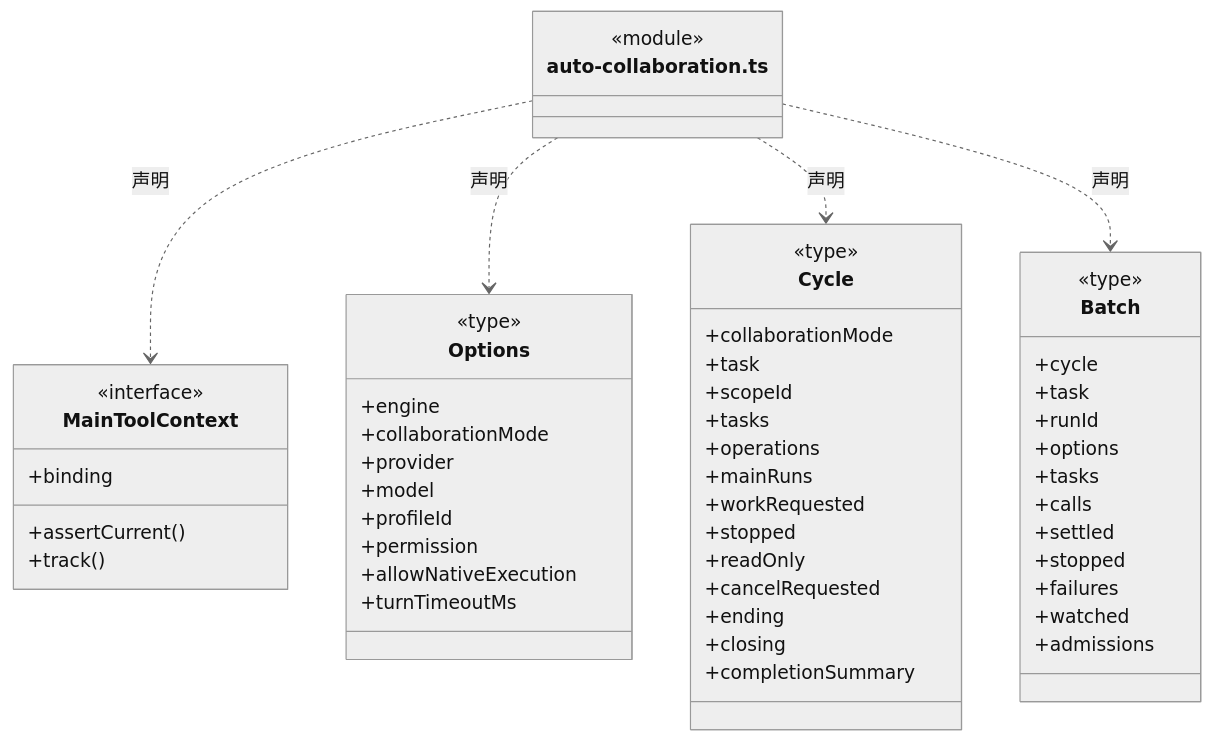
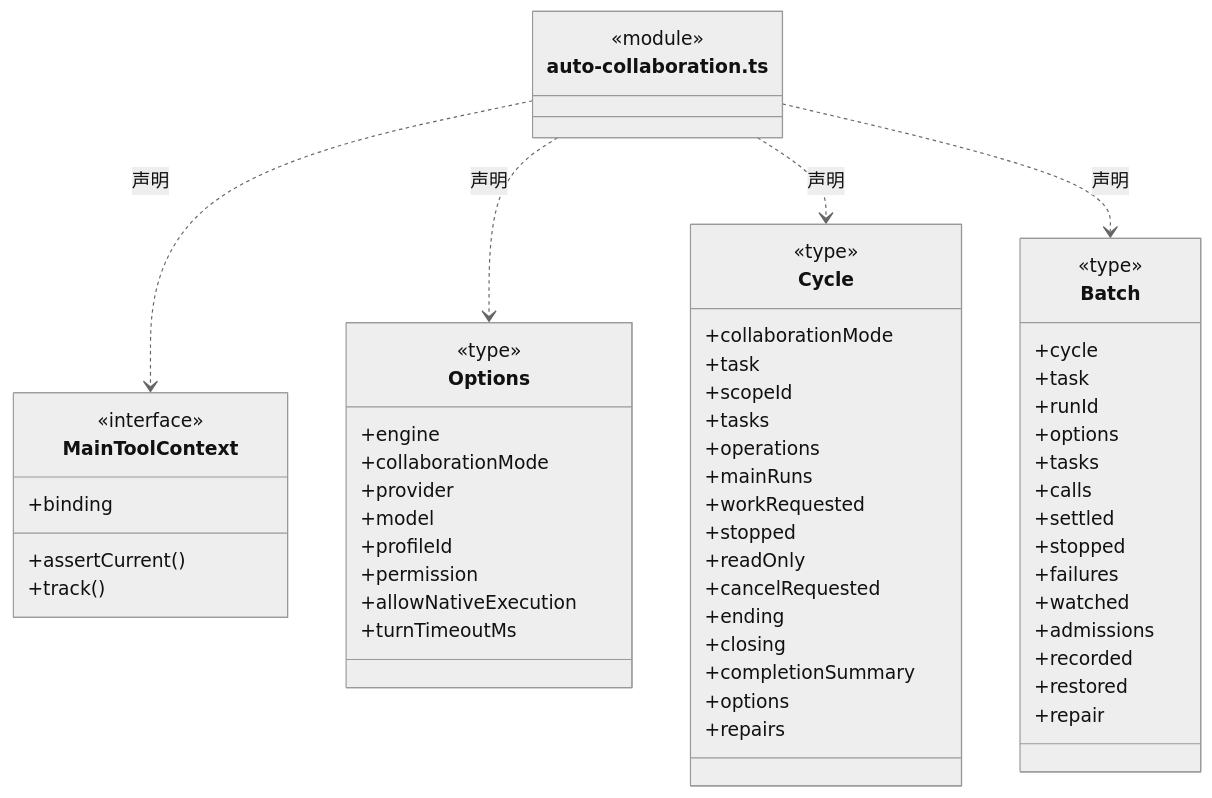
One commit to nan023062/cbim changed the first of 14 diagrams in src/backend/scheduler-engine/dispatch/ARCHITECTURE.md. Above: the diagram before and after it, drawn with Mermaid (neutral theme). The commit also changed other lines of this file and 130 other files, not shown here.

````diff
--- a/src/backend/scheduler-engine/dispatch/ARCHITECTURE.md
+++ b/src/backend/scheduler-engine/dispatch/ARCHITECTURE.md
@@ -21,57 +23,62 @@
 ```mermaid
 classDiagram
 class N_src_backend_scheduler_engine_dispatch_auto_collaboration_ts["auto-collaboration.ts"] {
   <<module>>
 }
 class N_src_backend_scheduler_engine_dispatch_auto_collaboration_ts_MainToolContext["MainToolContext"] {
   <<interface>>
   +binding
   +assertCurrent()
   +track()
 }
 N_src_backend_scheduler_engine_dispatch_auto_collaboration_ts ..> N_src_backend_scheduler_engine_dispatch_auto_collaboration_ts_MainToolContext : 声明
 class N_src_backend_scheduler_engine_dispatch_auto_collaboration_ts_Options["Options"] {
   <<type>>
   +engine
   +collaborationMode
   +provider
   +model
   +profileId
   +permission
   +allowNativeExecution
   +turnTimeoutMs
 }
 N_src_backend_scheduler_engine_dispatch_auto_collaboration_ts ..> N_src_backend_scheduler_engine_dispatch_auto_collaboration_ts_Options : 声明
 class N_src_backend_scheduler_engine_dispatch_auto_collaboration_ts_Cycle["Cycle"] {
   <<type>>
   +collaborationMode
   +task
   +scopeId
   +tasks
   +operations
   +mainRuns
   +workRequested
   +stopped
   +readOnly
   +cancelRequested
   +ending
   +closing
   +completionSummary
+  +options
+  +repairs
 }
 N_src_backend_scheduler_engine_dispatch_auto_collaboration_ts ..> N_src_backend_scheduler_engine_dispatch_auto_collaboration_ts_Cycle : 声明
 class N_src_backend_scheduler_engine_dispatch_auto_collaboration_ts_Batch["Batch"] {
   <<type>>
   +cycle
   +task
   +runId
   +options
   +tasks
   +calls
   +settled
   +stopped
   +failures
   +watched
   +admissions
+  +recorded
+  +restored
+  +repair
 }
 N_src_backend_scheduler_engine_dispatch_auto_collaboration_ts ..> N_src_backend_scheduler_engine_dispatch_auto_collaboration_ts_Batch : 声明
 ```
````
